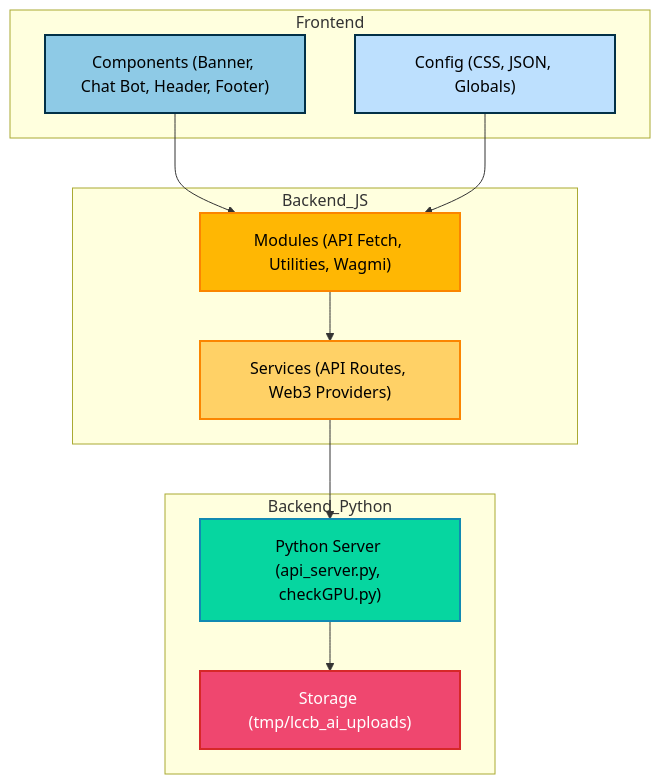
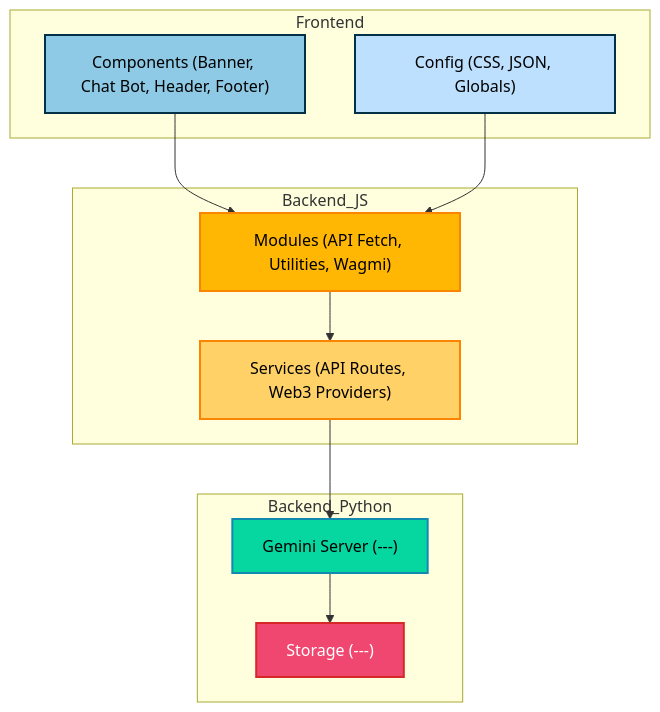
One commit to cordyStackX/lccb_ai_2 changed the diagram in README.md. Above: the diagram before and after it, drawn with Mermaid. The commit also changed 2 other files, not shown here.

Commit message:
Add LICENSE and SECURITY.md files; define project licensing and security policies

````diff
--- a/README.md
+++ b/README.md
@@ -50,33 +50,33 @@
 ```mermaid
 flowchart TD
     subgraph Frontend
         A["Components (Banner, Chat Bot, Header, Footer)"]
         B["Config (CSS, JSON, Globals)"]
     end
 
     subgraph Backend_JS
         C["Modules (API Fetch, Utilities, Wagmi)"]
         D["Services (API Routes, Web3 Providers)"]
     end
 
     subgraph Backend_Python
-        E["Python Server (api_server.py, checkGPU.py)"]
-        F["Storage (tmp/lccb_ai_uploads)"]
+        E["Gemini Server (---)"]
+        F["Storage (---)"]
     end
 
     %% Connections
     A --> C
     B --> C
     C --> D
     D --> E
     E --> F
 
     %% Styling
     style A fill:#8ecae6,stroke:#023047,stroke-width:2px,color:#000
     style B fill:#bde0fe,stroke:#023047,stroke-width:2px,color:#000
     style C fill:#ffb703,stroke:#fb8500,stroke-width:2px,color:#000
     style D fill:#ffd166,stroke:#fb8500,stroke-width:2px,color:#000
     style E fill:#06d6a0,stroke:#118ab2,stroke-width:2px,color:#000
     style F fill:#ef476f,stroke:#d62828,stroke-width:2px,color:#fff
 
 ```
````
